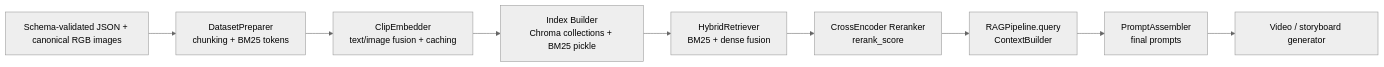
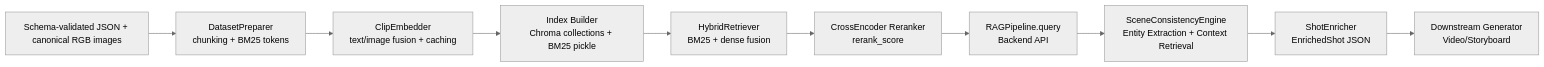
Before and after one commit to yididiabera/scene-consistency-rag-systems: the first of 2 diagrams in docs/ARCHITECTURE.md, drawn with Mermaid (neutral theme). The commit also changed other lines of this file and 12 other files, not shown here.

First line of the commit message:
feat: Add entity extraction module for narrative text processing

````diff
--- a/docs/ARCHITECTURE.md
+++ b/docs/ARCHITECTURE.md
@@ -13,11 +13,12 @@
 ```mermaid
 flowchart LR
     A[Schema-validated JSON + canonical RGB images] --> B[DatasetPreparer<br/>chunking + BM25 tokens]
     B --> C[ClipEmbedder<br/>text/image fusion + caching]
     C --> D[Index Builder<br/>Chroma collections + BM25 pickle]
     D --> E[HybridRetriever<br/>BM25 + dense fusion]
     E --> F[CrossEncoder Reranker<br/>rerank_score]
-    F --> G[RAGPipeline.query<br/>ContextBuilder]
-    G --> H[PromptAssembler<br/>final prompts]
-    H --> I[Video / storyboard generator]
+    F --> G[RAGPipeline.query<br/>Backend API]
+    G --> H[SceneConsistencyEngine<br/>Entity Extraction + Context Retrieval]
+    H --> I[ShotEnricher<br/>EnrichedShot JSON]
+    I --> J[Downstream Generator<br/>Video/Storyboard]
 ```
````
